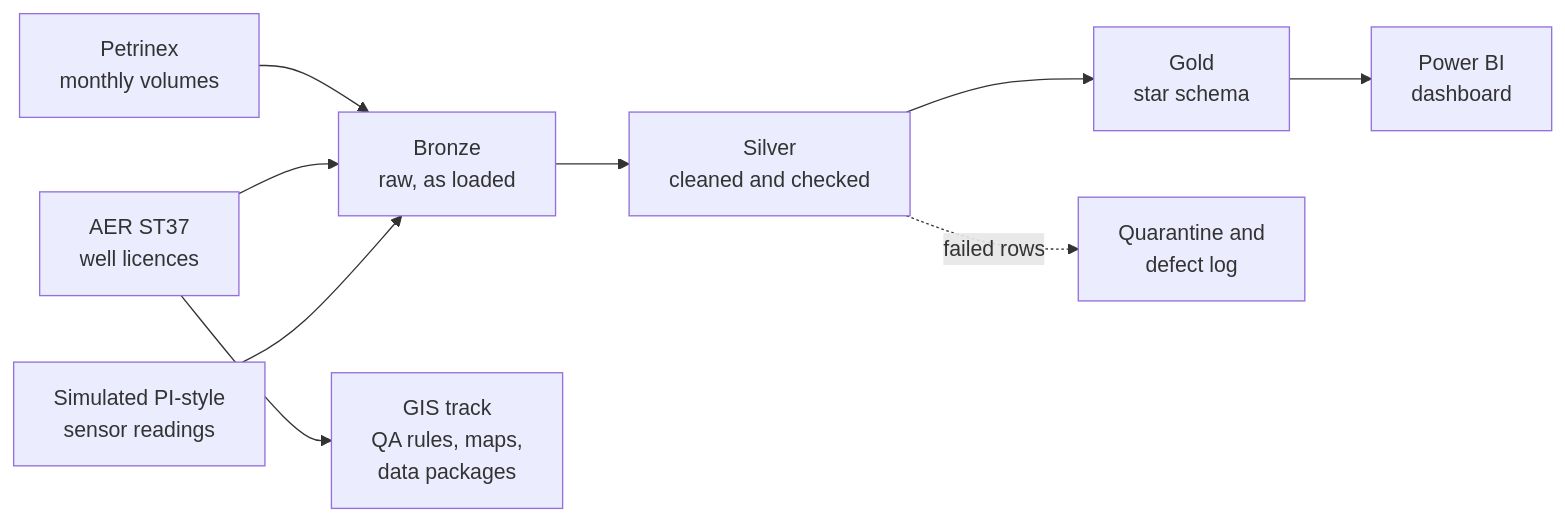
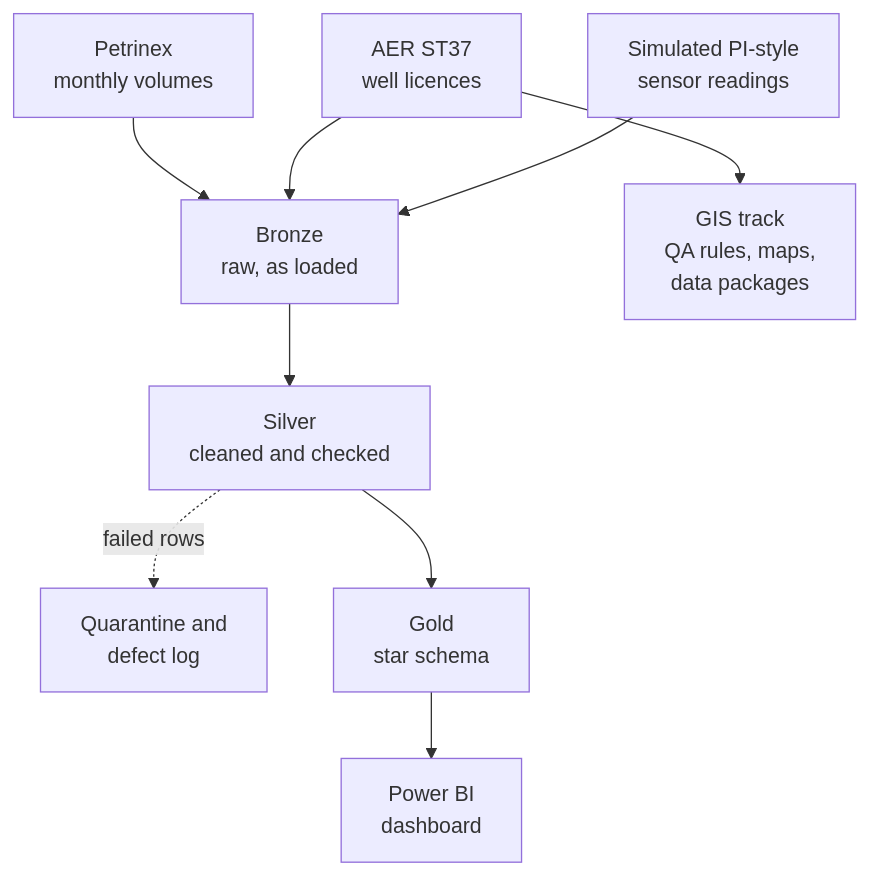
The diagram in README.md (Mona121212/Alberta-Well-Production-Analytics-Platform), drawn with Mermaid before and after one commit. The commit also changed other lines of this file, not shown here.

Commit message:
docs: README diagram top to bottom and key numbers as a list for phone screens

````diff
--- a/README.md
+++ b/README.md
@@ -44,11 +42,11 @@
 ```mermaid
-flowchart LR
+flowchart TD
     P["Petrinex<br/>monthly volumes"] --> B
     A["AER ST37<br/>well licences"] --> B
     S["Simulated PI-style<br/>sensor readings"] --> B
+    A --> GIS["GIS track<br/>QA rules, maps,<br/>data packages"]
     B["Bronze<br/>raw, as loaded"] --> SV["Silver<br/>cleaned and checked"]
+    SV -. failed rows .-> Q["Quarantine and<br/>defect log"]
     SV --> G["Gold<br/>star schema"]
-    SV -. failed rows .-> Q["Quarantine and<br/>defect log"]
     G --> PBI["Power BI<br/>dashboard"]
-    A --> GIS["GIS track<br/>QA rules, maps,<br/>data packages"]
 ```
````
